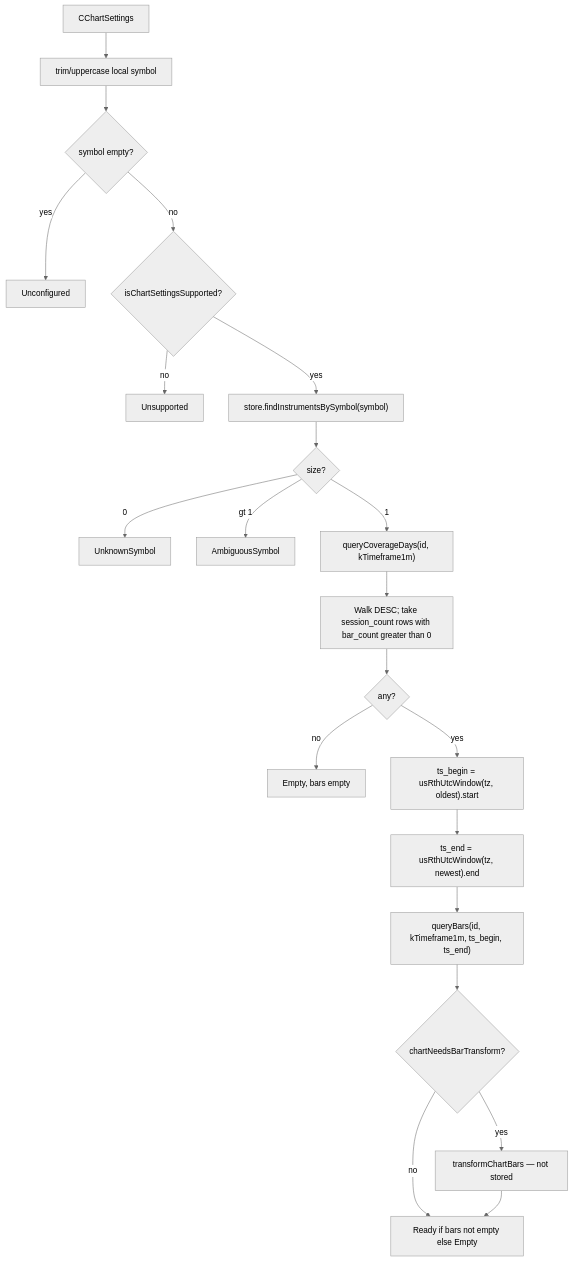
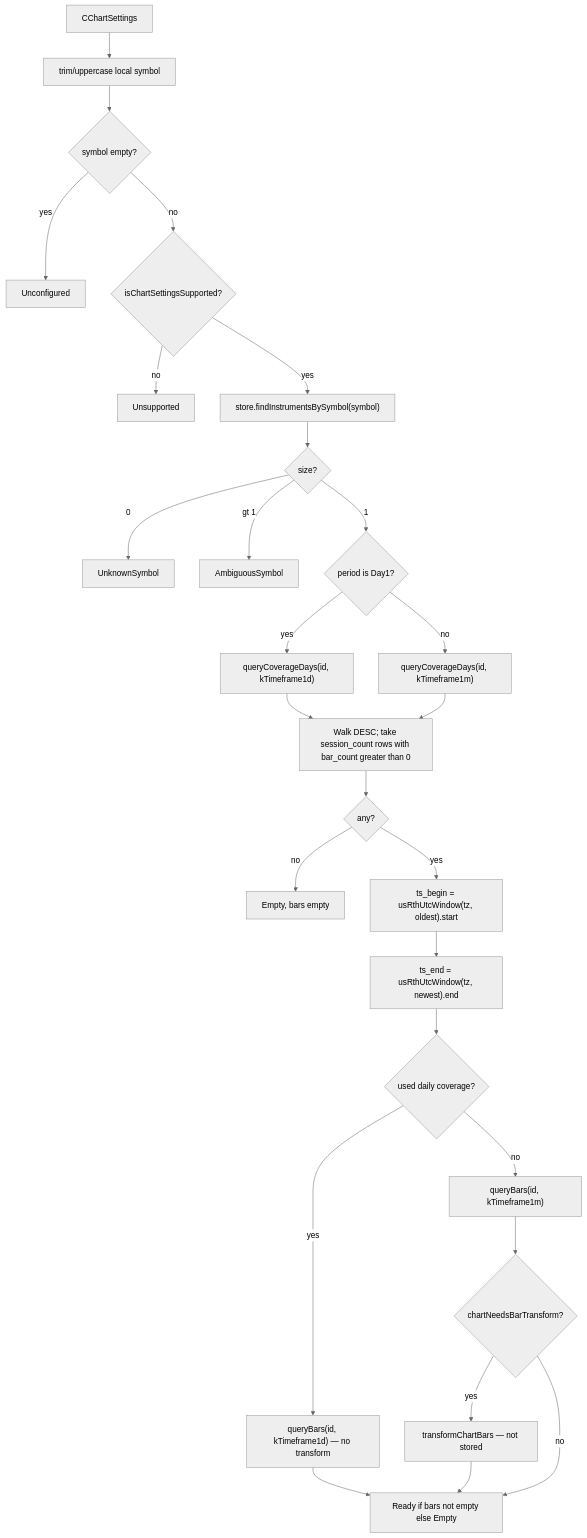
The fourth of 4 diagrams in docs/chart-panes.md (CyN1ckal/CyNickal-Software-Terminal), drawn with Mermaid (neutral theme) before and after one commit. The commit also changed other lines of this file and 44 other files, not shown here.

First line of the commit message:
Switch chart symbol and bar period from the keyboard.

````diff
--- a/docs/chart-panes.md
+++ b/docs/chart-panes.md
@@ -742,23 +738,29 @@
 ```mermaid
 flowchart TD
     A[CChartSettings] --> T[trim/uppercase local symbol]
     T --> B{symbol empty?}
     B -->|yes| U[Unconfigured]
     B -->|no| C{isChartSettingsSupported?}
     C -->|no| X[Unsupported]
     C -->|yes| D["store.findInstrumentsBySymbol(symbol)"]
     D --> E{size?}
     E -->|0| F[UnknownSymbol]
     E -->|gt 1| G[AmbiguousSymbol]
-    E -->|1| H["queryCoverageDays(id, kTimeframe1m)"]
-    H --> I[Walk DESC; take session_count rows with bar_count greater than 0]
+    E -->|1| H{"period is Day1?"}
+    H -->|yes| Hd["queryCoverageDays(id, kTimeframe1d)"]
+    H -->|no| Hm["queryCoverageDays(id, kTimeframe1m)"]
+    Hd --> I[Walk DESC; take session_count rows with bar_count greater than 0]
+    Hm --> I
     I --> J{any?}
     J -->|no| K[Empty, bars empty]
     J -->|yes| L["ts_begin = usRthUtcWindow(tz, oldest).start"]
     L --> M["ts_end = usRthUtcWindow(tz, newest).end"]
-    M --> N["queryBars(id, kTimeframe1m, ts_begin, ts_end)"]
-    N --> P{chartNeedsBarTransform?}
+    M --> N{"used daily coverage?"}
+    N -->|yes| Nd["queryBars(id, kTimeframe1d) — no transform"]
+    N -->|no| Nm["queryBars(id, kTimeframe1m)"]
+    Nm --> P{chartNeedsBarTransform?}
     P -->|yes| Q["transformChartBars — not stored"]
     P -->|no| O
+    Nd --> O
     Q --> O[Ready if bars not empty else Empty]
 ```
````
